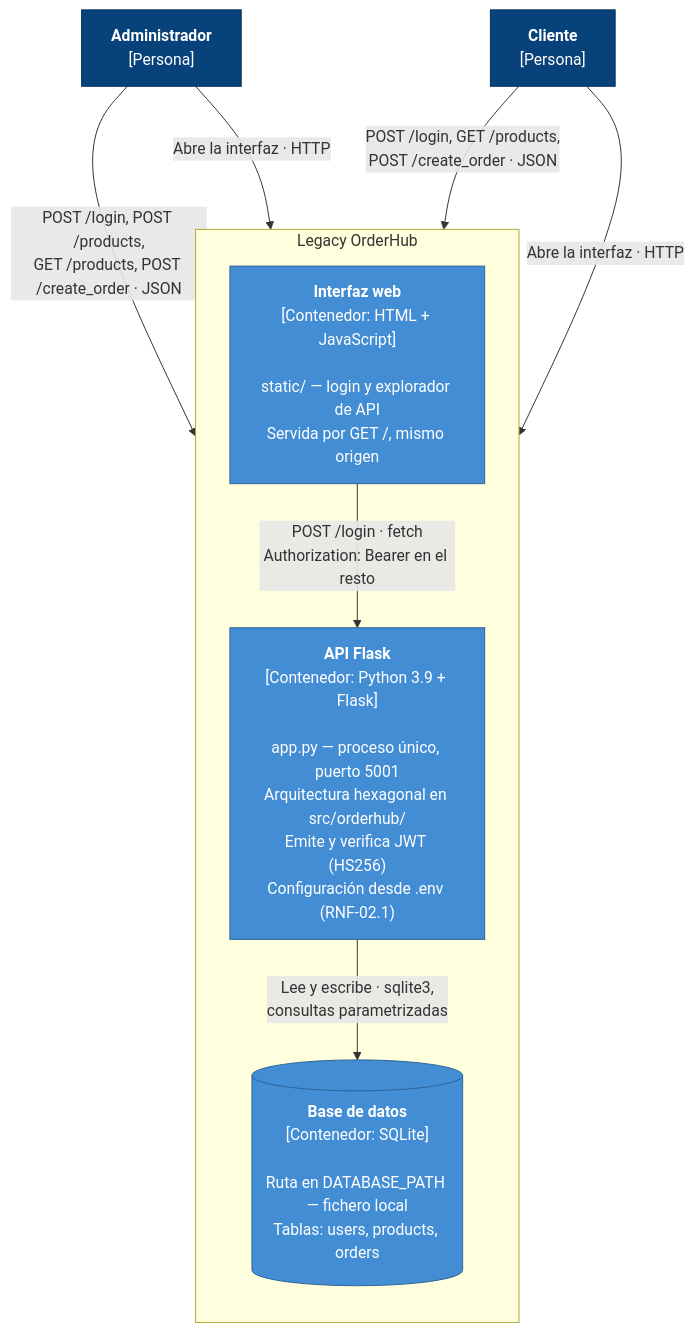
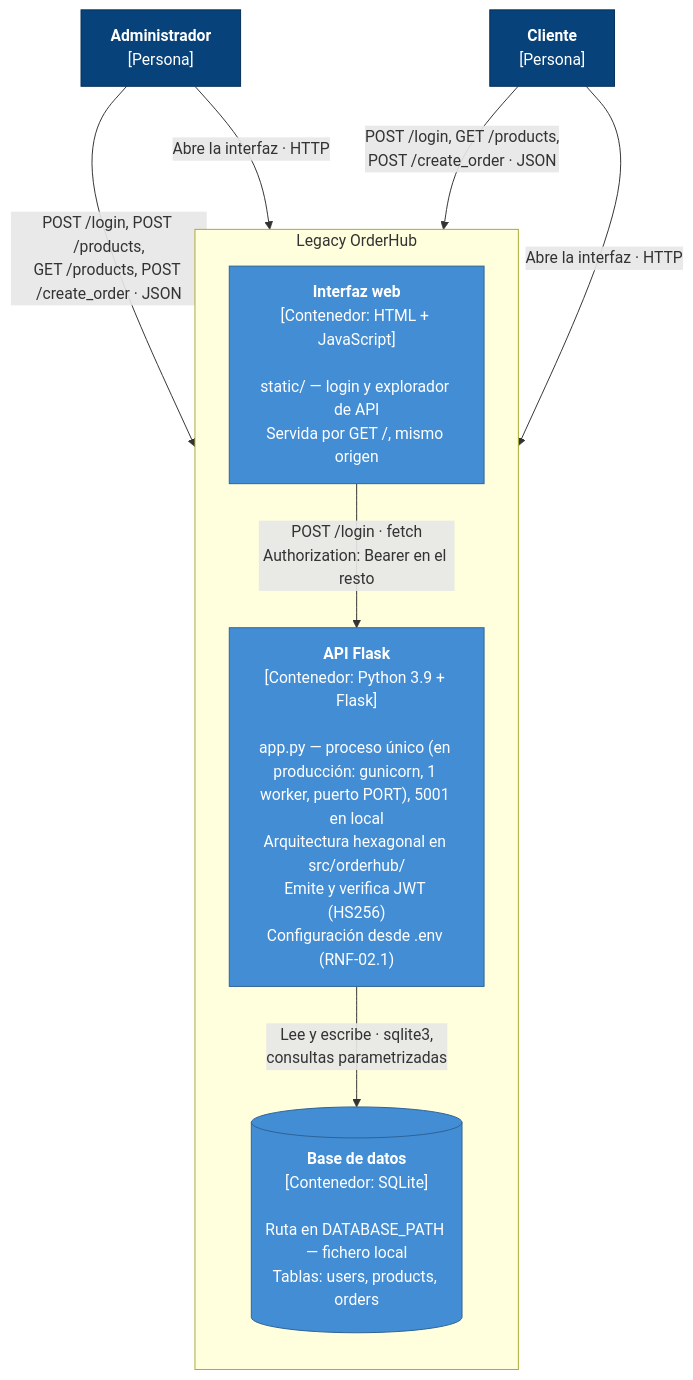
The second of 6 diagrams in docs/ARCHITECTURE.md (juancardonaie/legacy-order-hub), drawn with Mermaid before and after one commit. The commit also changed other lines of this file and 5 other files, not shown here.

````diff
--- a/docs/ARCHITECTURE.md
+++ b/docs/ARCHITECTURE.md
@@ -239,30 +240,30 @@
 ```mermaid
 flowchart TB
     admin["<b>Administrador</b><br/>[Persona]"]
     cliente["<b>Cliente</b><br/>[Persona]"]
 
     subgraph sistema ["Legacy OrderHub"]
         direction TB
         panel["<b>Interfaz web</b><br/>[Contenedor: HTML + JavaScript]<br/><br/>static/ — login y explorador de API<br/>Servida por GET /, mismo origen"]
-        api["<b>API Flask</b><br/>[Contenedor: Python 3.9 + Flask]<br/><br/>app.py — proceso único, puerto 5001<br/>Arquitectura hexagonal en src/orderhub/<br/>Emite y verifica JWT (HS256)<br/>Configuración desde .env (RNF-02.1)"]
+        api["<b>API Flask</b><br/>[Contenedor: Python 3.9 + Flask]<br/><br/>app.py — proceso único (en producción: gunicorn, 1 worker, puerto PORT), 5001 en local<br/>Arquitectura hexagonal en src/orderhub/<br/>Emite y verifica JWT (HS256)<br/>Configuración desde .env (RNF-02.1)"]
         db[("<b>Base de datos</b><br/>[Contenedor: SQLite]<br/><br/>Ruta en DATABASE_PATH — fichero local<br/>Tablas: users, products, orders")]
     end
 
     admin -->|"POST /login, POST /products,<br/>GET /products, POST /create_order · JSON"| api
     cliente -->|"POST /login, GET /products,<br/>POST /create_order · JSON"| api
     admin -->|"Abre la interfaz · HTTP"| panel
     cliente -->|"Abre la interfaz · HTTP"| panel
 
     panel -->|"POST /login · fetch<br/>Authorization: Bearer en el resto"| api
     api -->|"Lee y escribe · sqlite3,<br/>consultas parametrizadas"| db
 
     classDef persona fill:#08427b,stroke:#052e56,color:#ffffff
     classDef contenedor fill:#438dd5,stroke:#2e6295,color:#ffffff
     classDef almacen fill:#438dd5,stroke:#2e6295,color:#ffffff
     classDef roto fill:#c9723b,stroke:#8a4e28,color:#ffffff
 
     class admin,cliente persona
     class api contenedor
     class db almacen
     class panel contenedor
 ```
````
